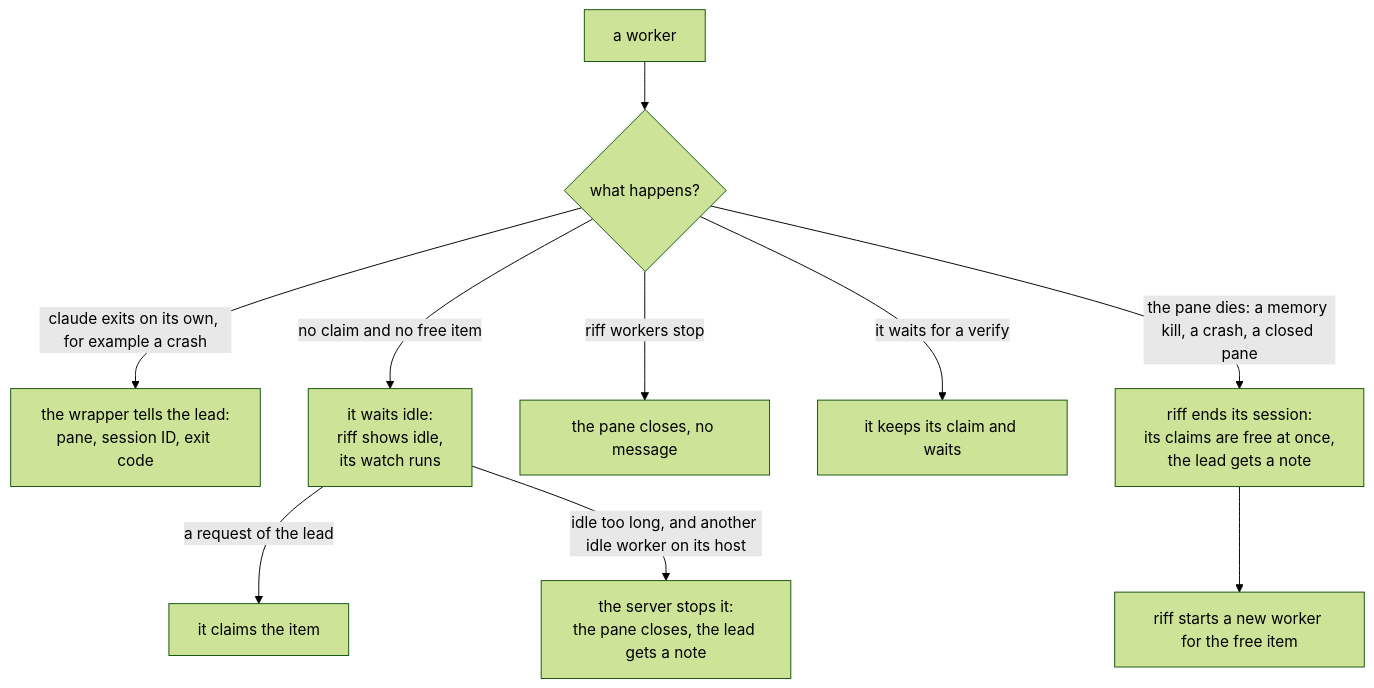
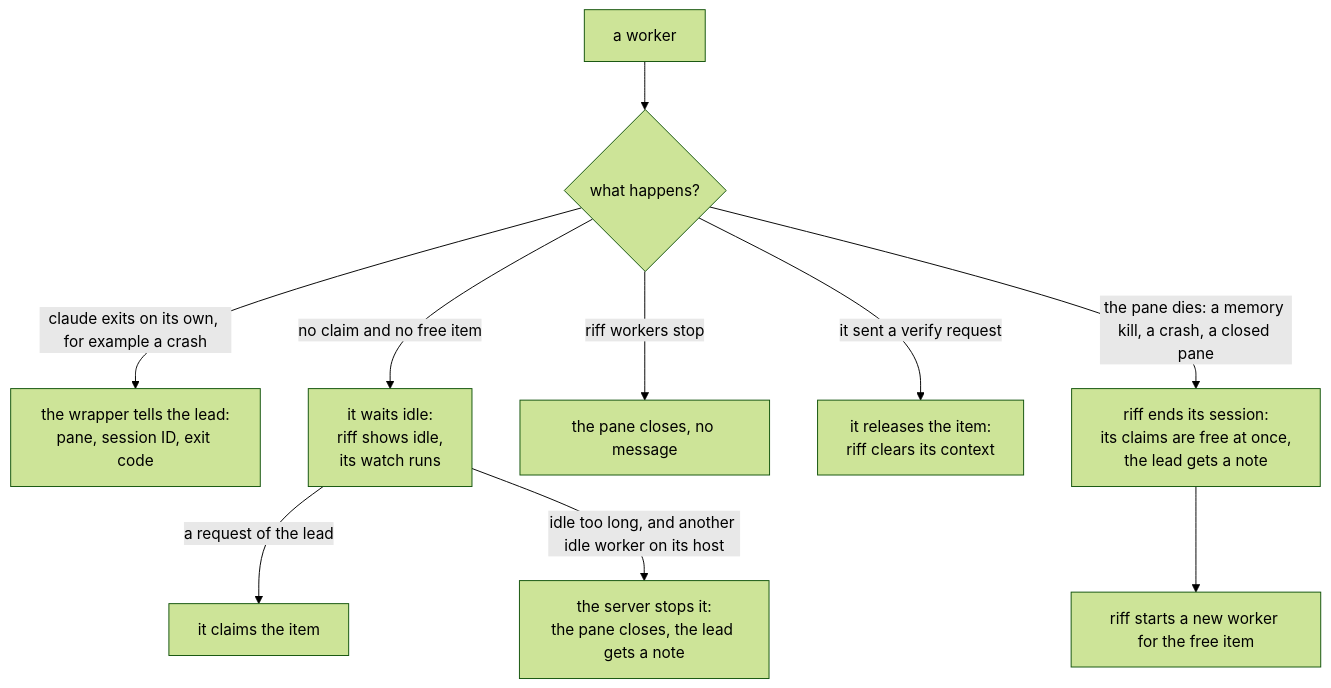
One commit to como-technologies/riff changed diagram 54 of 56 in docs/src/how-it-works.md. Above: the diagram before and after it, drawn with Mermaid (forest theme). The commit also changed other lines of this file and 15 other files, not shown here.

First line of the commit message:
The work of an author ends at the verify request: one context holds one item (#454)

````diff
--- a/docs/src/how-it-works.md
+++ b/docs/src/how-it-works.md
@@ -3648,12 +3752,12 @@
 ```mermaid
 flowchart TD
     W[a worker] --> Q{what happens?}
     Q -- "claude exits on its own, for example a crash" --> C["the wrapper tells the lead:<br/>pane, session ID, exit code"]
     Q -- "no claim and no free item" --> I["it waits idle:<br/>riff shows idle,<br/>its watch runs"]
     I -- "a request of the lead" --> N[it claims the item]
     I -- "idle too long, and another idle worker on its host" --> X["the server stops it:<br/>the pane closes, the lead gets a note"]
     Q -- "riff workers stop" --> S[the pane closes, no message]
-    Q -- "it waits for a verify" --> K[it keeps its claim and waits]
+    Q -- "it sent a verify request" --> K["it releases the item:<br/>riff clears its context"]
     Q -- "the pane dies: a memory kill, a crash, a closed pane" --> D["riff ends its session:<br/>its claims are free at once,<br/>the lead gets a note"]
     D --> R[riff starts a new worker for the free item]
 ```
````
